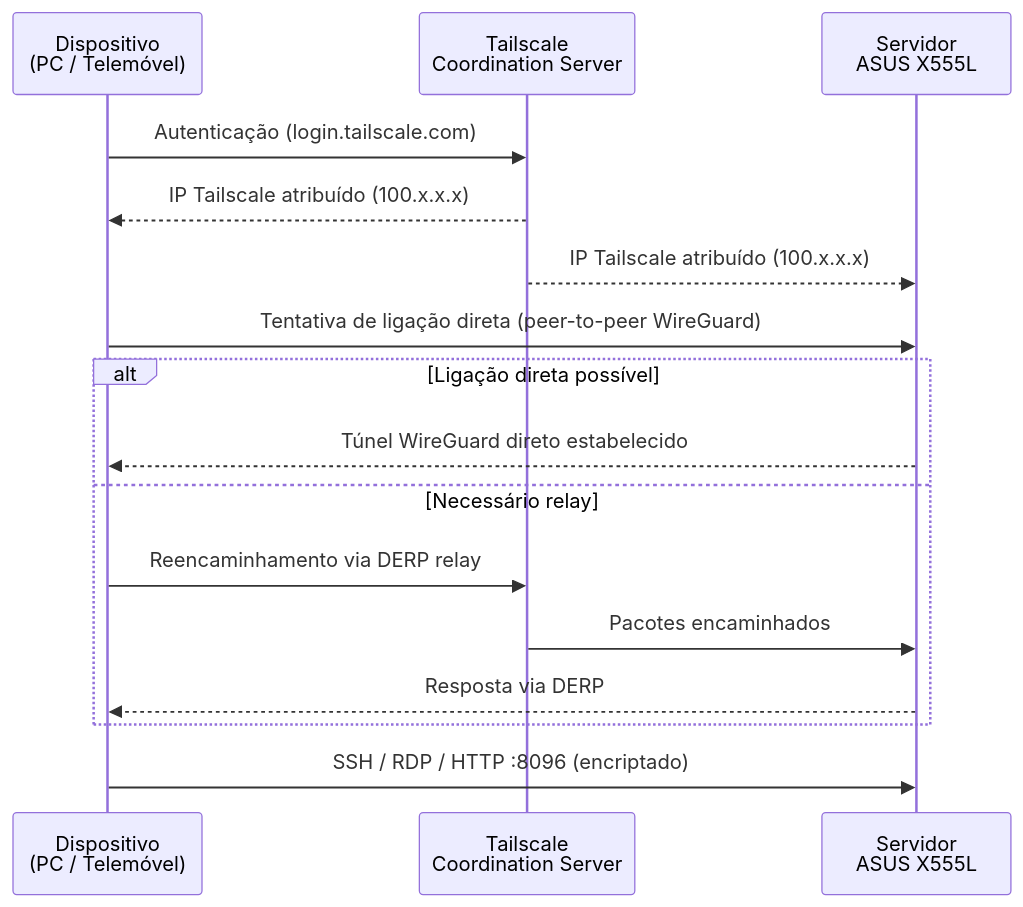
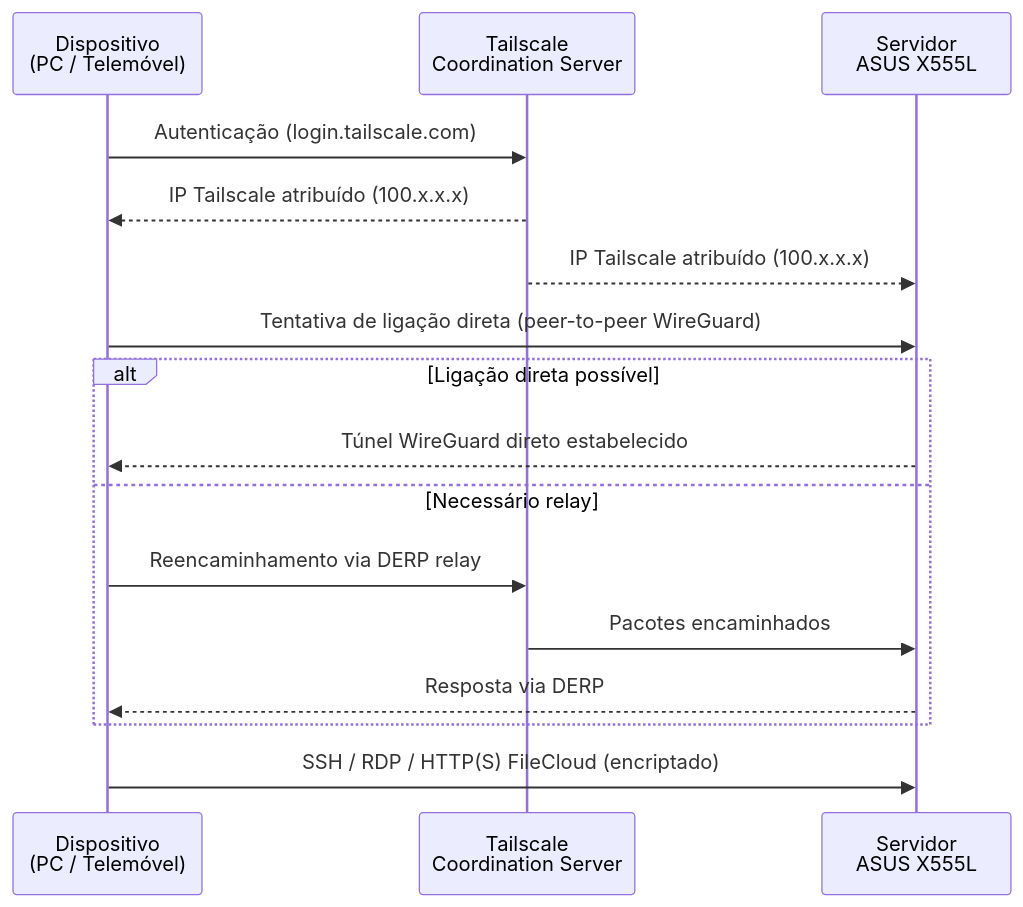
One commit to Kroatoan1979/001-26-home-server changed the third of 3 diagrams in docs/diagrama-rede.md. Above: the diagram before and after it, drawn with Mermaid. The commit also changed other lines of this file and 28 other files, not shown here.

````diff
--- a/docs/diagrama-rede.md
+++ b/docs/diagrama-rede.md
@@ -110,21 +102,21 @@
 ```mermaid
 sequenceDiagram
     participant D as Dispositivo<br/>(PC / Telemóvel)
     participant TS as Tailscale<br/>Coordination Server
     participant S as Servidor<br/>ASUS X555L
 
     D->>TS: Autenticação (login.tailscale.com)
     TS-->>D: IP Tailscale atribuído (100.x.x.x)
     TS-->>S: IP Tailscale atribuído (100.x.x.x)
 
     D->>S: Tentativa de ligação direta (peer-to-peer WireGuard)
     alt Ligação direta possível
         S-->>D: Túnel WireGuard direto estabelecido
     else Necessário relay
         D->>TS: Reencaminhamento via DERP relay
         TS->>S: Pacotes encaminhados
         S-->>D: Resposta via DERP
     end
 
-    D->>S: SSH / RDP / HTTP :8096 (encriptado)
+    D->>S: SSH / RDP / HTTP(S) FileCloud (encriptado)
 ```
````
